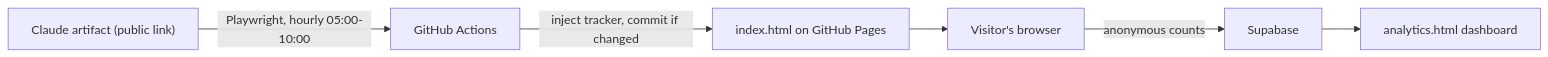
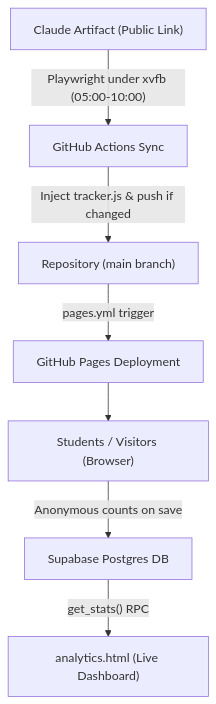
Before and after one commit to mohamedelsaadany-art/SS-Study-Smarter: the diagram in HANDOVER.md, drawn with Mermaid. The commit also changed other lines of this file, not shown here.

Commit message:
Update HANDOVER.md with complete architecture, theme toggle, revisitor analytics, and setup steps

````diff
--- a/HANDOVER.md
+++ b/HANDOVER.md
@@ -24,8 +26,9 @@
 ```mermaid
-flowchart LR
-  A["Claude artifact (public link)"] -->|"Playwright, hourly 05:00-10:00"| B["GitHub Actions"]
-  B -->|"inject tracker, commit if changed"| C["index.html on GitHub Pages"]
-  C --> D["Visitor's browser"]
-  D -->|"anonymous counts"| E["Supabase"]
-  E --> F["analytics.html dashboard"]
+flowchart TD
+  A["Claude Artifact (Public Link)"] -->|"Playwright under xvfb (05:00-10:00)"| B["GitHub Actions Sync"]
+  B -->|"Inject tracker.js & push if changed"| C["Repository (main branch)"]
+  C -->|"pages.yml trigger"| D["GitHub Pages Deployment"]
+  D --> E["Students / Visitors (Browser)"]
+  E -->|"Anonymous counts on save"| F["Supabase Postgres DB"]
+  F -->|"get_stats() RPC"| G["analytics.html (Live Dashboard)"]
 ```
````
